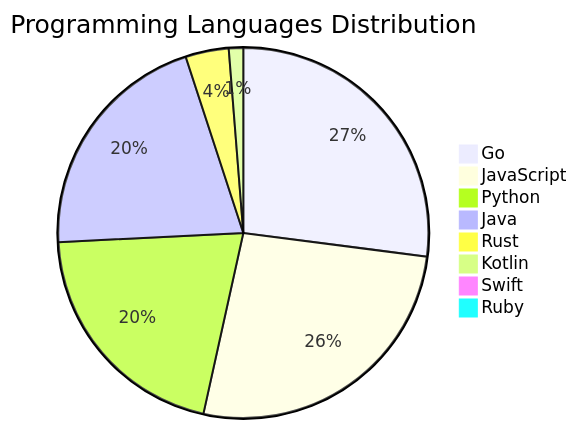
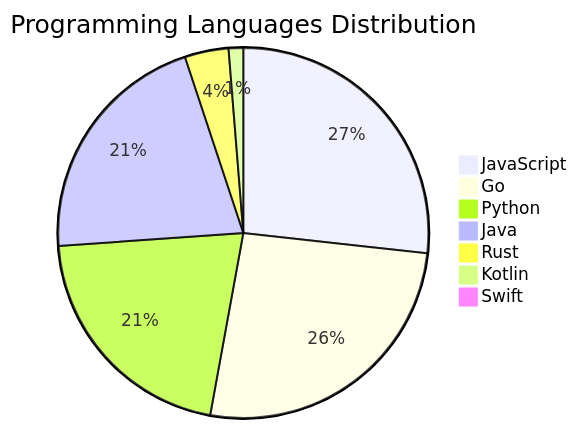
Before and after one commit to Derrick-MUGISHA/github-activity-bot: the diagram in README.md, drawn with Mermaid. The commit also changed other lines of this file and 4 other files, not shown here.

````diff
--- a/README.md
+++ b/README.md
@@ -208,11 +206,10 @@
 ```mermaid
 pie title Programming Languages Distribution
-    "Go" : 43
     "JavaScript" : 42
+    "Go" : 41
     "Python" : 33
     "Java" : 33
     "Rust" : 6
     "Kotlin" : 2
     "Swift" : 1
-    "Ruby" : 1
 ```
````
